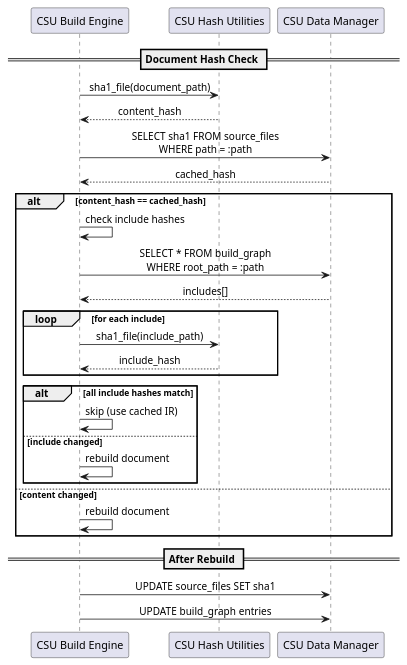
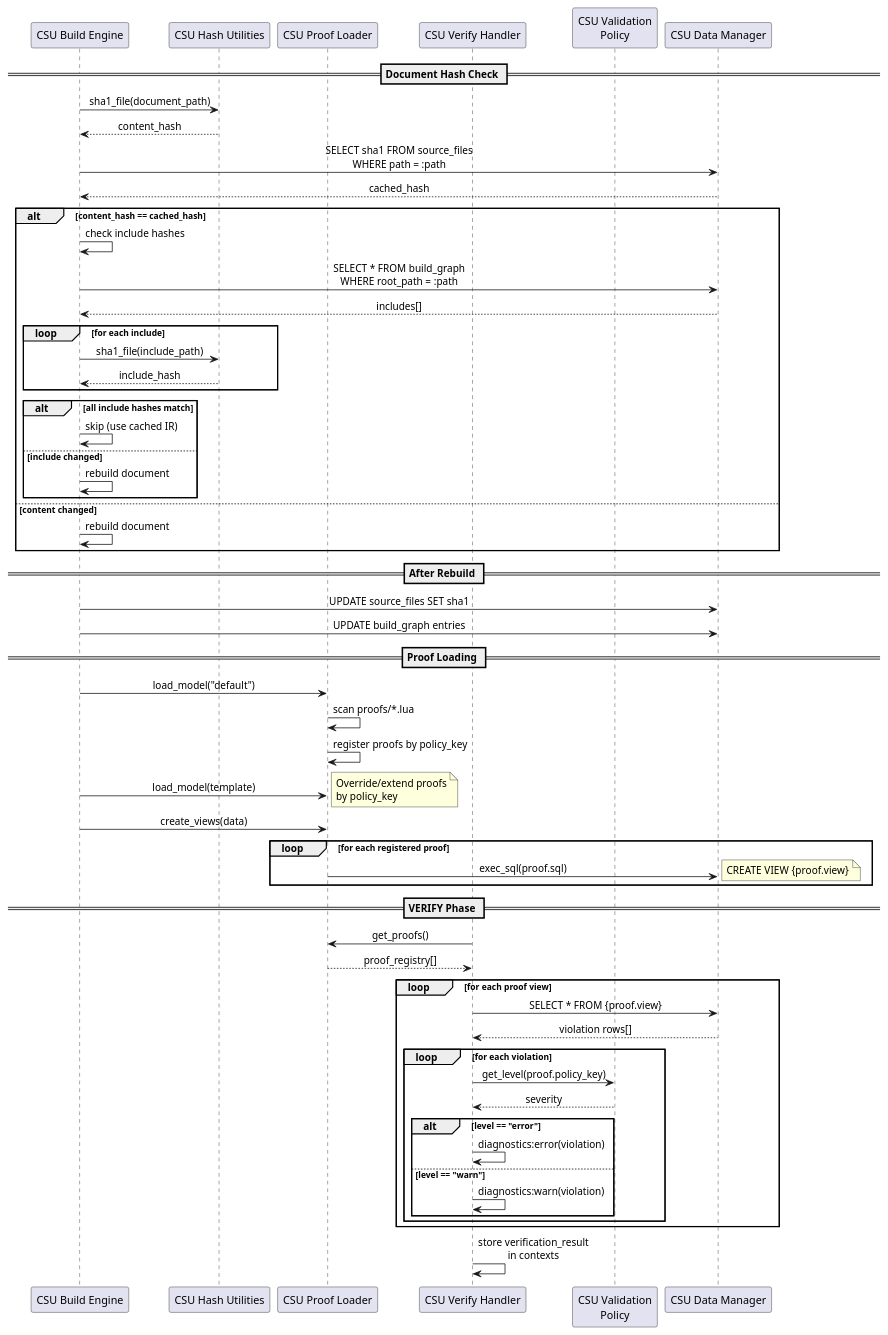
One commit to crisclacerda/SpecCompiler changed the diagram in docs/engineering_docs/architecture/audit_design.md. Above: the diagram before and after it, drawn with PlantUML. The commit also changed 44 other files, not shown here.

````diff
--- a/docs/engineering_docs/architecture/audit_design.md
+++ b/docs/engineering_docs/architecture/audit_design.md
@@ -125,40 +125,79 @@
-```puml:fd-006-audit{caption="Incremental Build and Hash Computation"}
+```puml:fd-006-audit{caption="Audit and Integrity: Build Caching and Verification"}
 @startuml
 skinparam backgroundColor #FFFFFF
 skinparam sequenceMessageAlign center
 
 participant "CSU Build Engine" as E
 participant "CSU Hash Utilities" as H
+participant "CSU Proof Loader" as PL
+participant "CSU Verify Handler" as VH
+participant "CSU Validation\nPolicy" as VP
 participant "CSU Data Manager" as DB
 
 == Document Hash Check ==
 E -> H: sha1_file(document_path)
 H --> E: content_hash
 
 E -> DB: SELECT sha1 FROM source_files\nWHERE path = :path
 DB --> E: cached_hash
 
 alt content_hash == cached_hash
     E -> E: check include hashes
     E -> DB: SELECT * FROM build_graph\nWHERE root_path = :path
     DB --> E: includes[]
 
     loop for each include
         E -> H: sha1_file(include_path)
         H --> E: include_hash
     end
 
     alt all include hashes match
         E -> E: skip (use cached IR)
     else include changed
         E -> E: rebuild document
     end
 else content changed
     E -> E: rebuild document
 end
 
 == After Rebuild ==
 E -> DB: UPDATE source_files SET sha1
 E -> DB: UPDATE build_graph entries
+
+== Proof Loading ==
+E -> PL: load_model("default")
+PL -> PL: scan proofs/*.lua
+PL -> PL: register proofs by policy_key
+
+E -> PL: load_model(template)
+note right: Override/extend proofs\nby policy_key
+
+E -> PL: create_views(data)
+loop for each registered proof
+    PL -> DB: exec_sql(proof.sql)
+    note right: CREATE VIEW {proof.view}
+end
+
+== VERIFY Phase ==
+VH -> PL: get_proofs()
+PL --> VH: proof_registry[]
+
+loop for each proof view
+    VH -> DB: SELECT * FROM {proof.view}
+    DB --> VH: violation rows[]
+
+    loop for each violation
+        VH -> VP: get_level(proof.policy_key)
+        VP --> VH: severity
+
+        alt level == "error"
+            VH -> VH: diagnostics:error(violation)
+        else level == "warn"
+            VH -> VH: diagnostics:warn(violation)
+        end
+    end
+end
+
+VH -> VH: store verification_result\nin contexts
 @enduml
 ```
````
